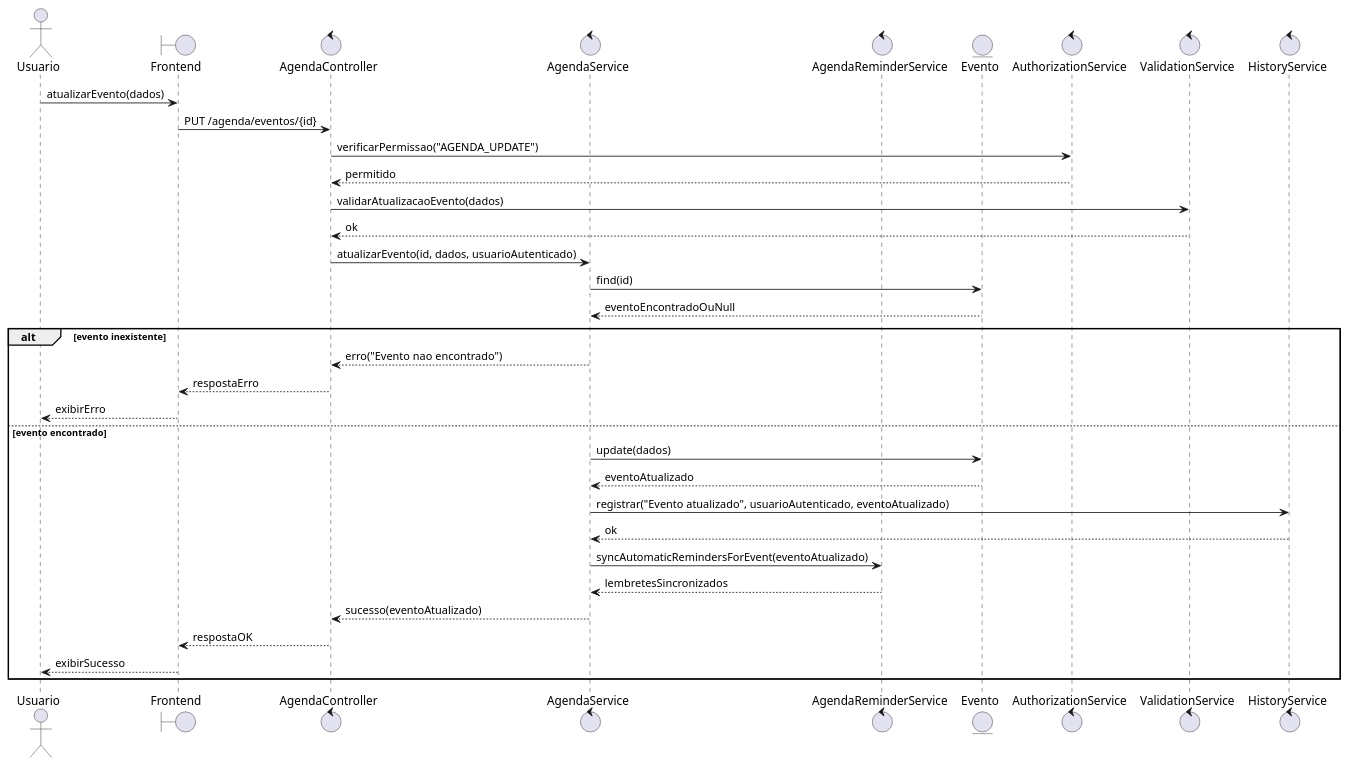
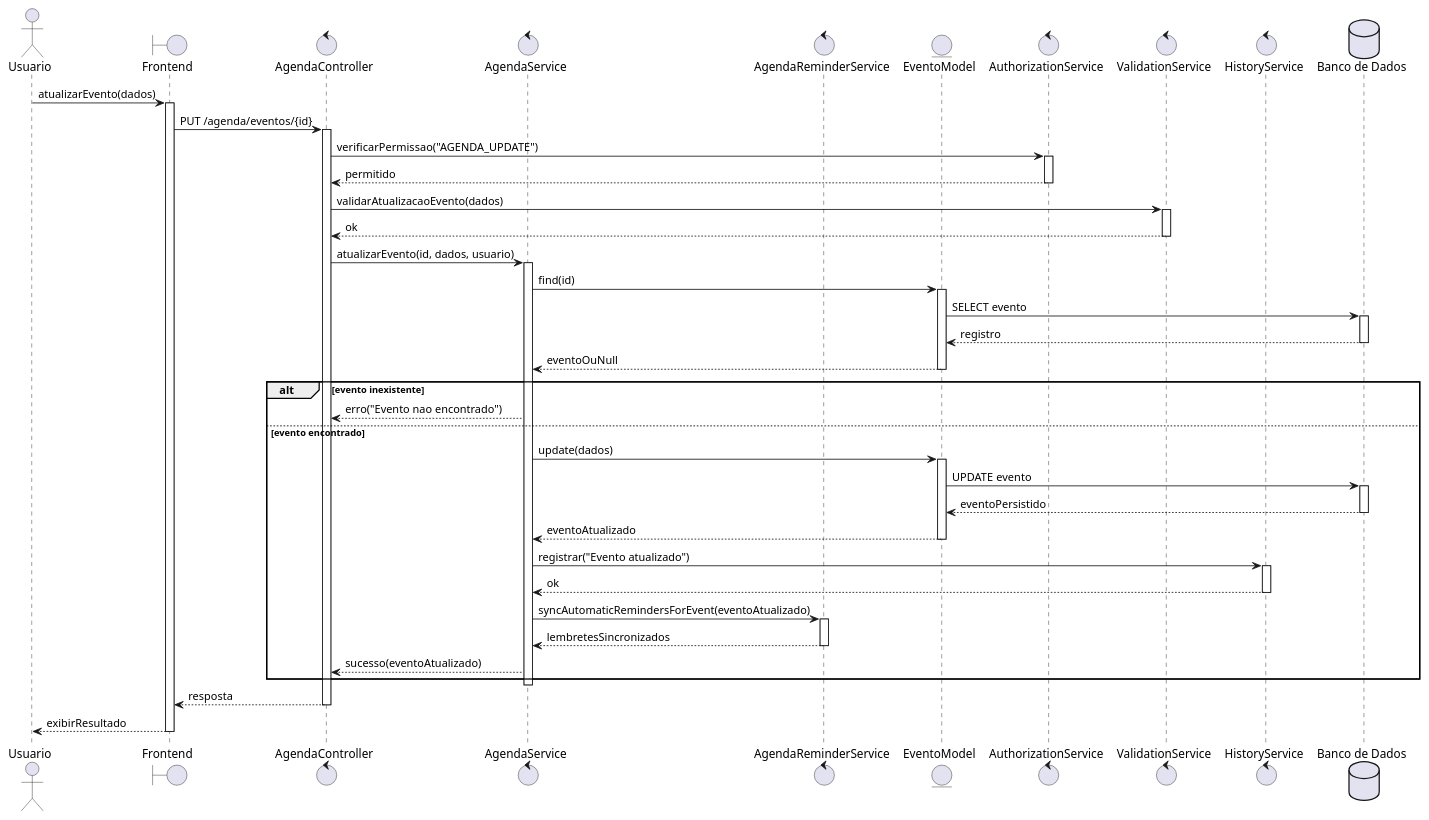
Before and after one commit to ICEI-PUC-Minas-PPLES-TI/plf-es-2025-2-tcci-0393100-dev-bernardo-biondini: the diagram in Artefatos/Sequencia/atu_eve.puml, drawn with PlantUML. The commit also changed 165 other files, not shown here.

Commit message:
Adequações dos diagramas de Sequencia e Comunicação as exigências da banca

```diff
--- a/Artefatos/Sequencia/atu_eve.puml
+++ b/Artefatos/Sequencia/atu_eve.puml
@@ -1,41 +1,63 @@
 @startuml
 actor Usuario
 
 boundary Frontend as FE
 control AgendaController as C
 control AgendaService as S
 control AgendaReminderService as Reminder
-entity Evento as M
+entity EventoModel as M
 control AuthorizationService as AuthZ
 control ValidationService as Val
 control HistoryService as Hist
+database "Banco de Dados" as DB
 
 Usuario -> FE : atualizarEvento(dados)
+activate FE
 FE -> C : PUT /agenda/eventos/{id}
-
+activate C
 C -> AuthZ : verificarPermissao("AGENDA_UPDATE")
+activate AuthZ
 AuthZ --> C : permitido
-
+deactivate AuthZ
 C -> Val : validarAtualizacaoEvento(dados)
+activate Val
 Val --> C : ok
-
-C -> S : atualizarEvento(id, dados, usuarioAutenticado)
+deactivate Val
+C -> S : atualizarEvento(id, dados, usuario)
+activate S
 S -> M : find(id)
-M --> S : eventoEncontradoOuNull
+activate M
+M -> DB : SELECT evento
+activate DB
+DB --> M : registro
+deactivate DB
+M --> S : eventoOuNull
+deactivate M
 
 alt evento inexistente
-    S --> C : erro("Evento nao encontrado")
-    C --> FE : respostaErro
-    FE --> Usuario : exibirErro
+  S --> C : erro("Evento nao encontrado")
 else evento encontrado
-    S -> M : update(dados)
-    M --> S : eventoAtualizado
-    S -> Hist : registrar("Evento atualizado", usuarioAutenticado, eventoAtualizado)
-    Hist --> S : ok
-    S -> Reminder : syncAutomaticRemindersForEvent(eventoAtualizado)
-    Reminder --> S : lembretesSincronizados
-    S --> C : sucesso(eventoAtualizado)
-    C --> FE : respostaOK
-    FE --> Usuario : exibirSucesso
+  S -> M : update(dados)
+  activate M
+  M -> DB : UPDATE evento
+  activate DB
+  DB --> M : eventoPersistido
+  deactivate DB
+  M --> S : eventoAtualizado
+  deactivate M
+  S -> Hist : registrar("Evento atualizado")
+  activate Hist
+  Hist --> S : ok
+  deactivate Hist
+  S -> Reminder : syncAutomaticRemindersForEvent(eventoAtualizado)
+  activate Reminder
+  Reminder --> S : lembretesSincronizados
+  deactivate Reminder
+  S --> C : sucesso(eventoAtualizado)
 end
+deactivate S
+C --> FE : resposta
+deactivate C
+FE --> Usuario : exibirResultado
+deactivate FE
 @enduml
```
